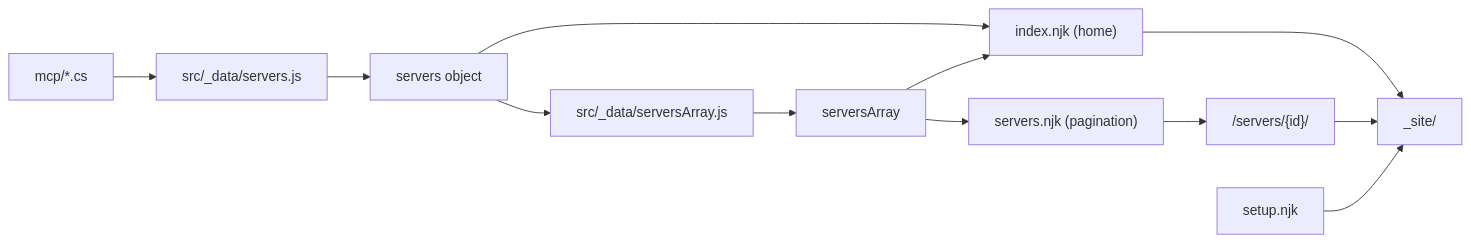
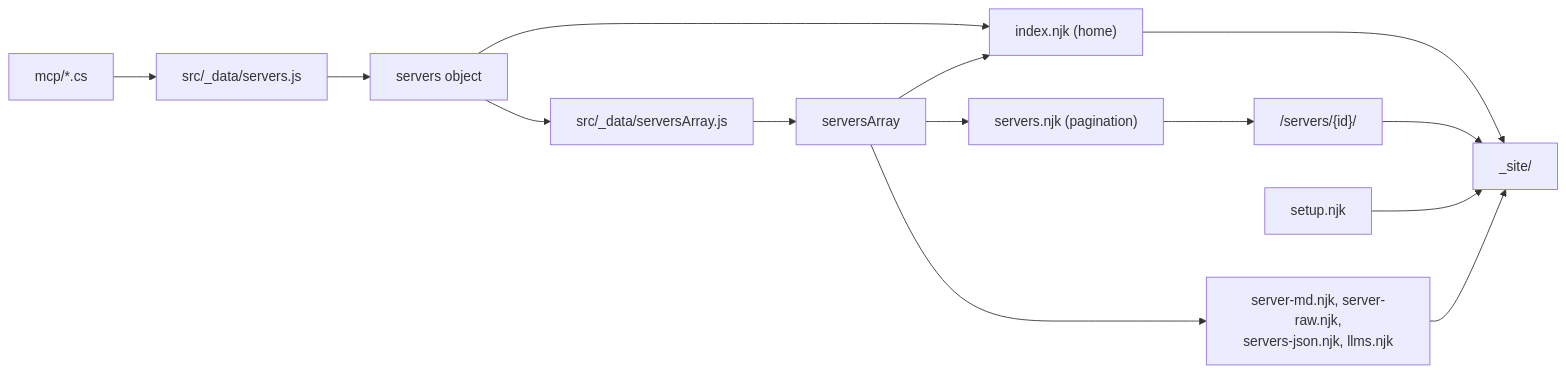
One commit to xakpc/anymcp-io changed the diagram in .lode/site/summary.md. Above: the diagram before and after it, drawn with Mermaid. The commit also changed other lines of this file and 28 other files, not shown here.

````diff
--- a/.lode/site/summary.md
+++ b/.lode/site/summary.md
@@ -7,14 +9,16 @@
 ```mermaid
 flowchart LR
     A["mcp/*.cs"] --> B["src/_data/servers.js"]
     B --> C["servers object"]
     C --> D["src/_data/serversArray.js"]
     D --> E["serversArray"]
     C --> F["index.njk (home)"]
     E --> F
     E --> G["servers.njk (pagination)"]
     G --> H["/servers/{id}/"]
     F --> I["_site/"]
     H --> I
     J["setup.njk"] --> I
+    E --> K["server-md.njk, server-raw.njk,<br/>servers-json.njk, llms.njk"]
+    K --> I
 ```
````
